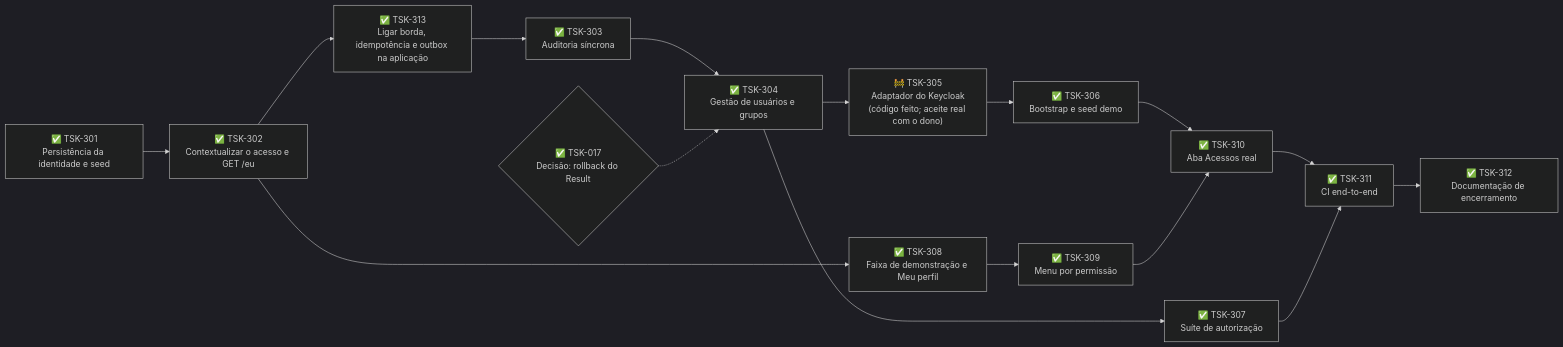
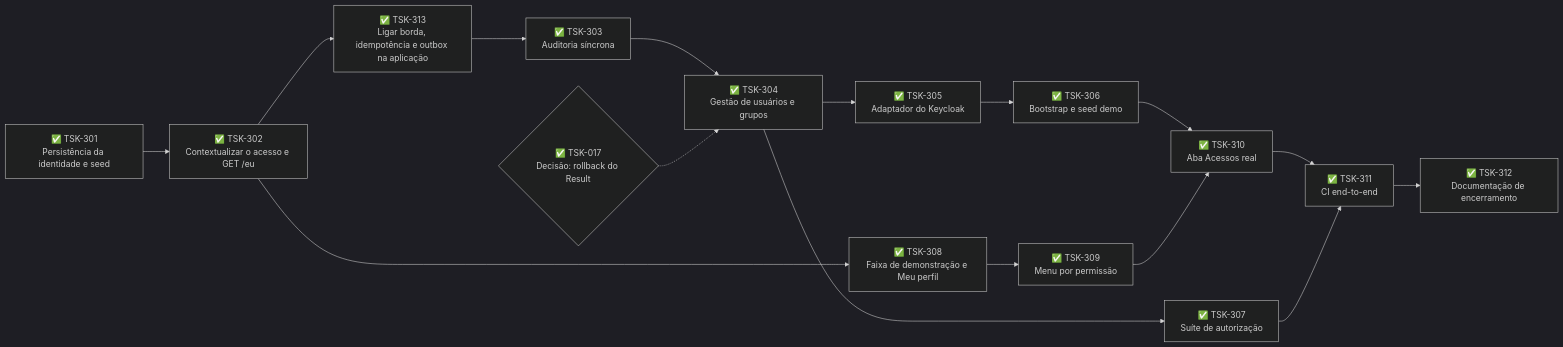
One commit to AurioNeto/ceudodespertar changed the diagram in project-flow/README.md. Above: the diagram before and after it, drawn with Mermaid (dark theme). The commit also changed other lines of this file and 9 other files, not shown here.

Commit message:
docs(project-flow): registra o fim do B0 e os merges de 13 e 14/10

````diff
--- a/project-flow/README.md
+++ b/project-flow/README.md
@@ -40,18 +39,18 @@
 ```mermaid
 flowchart LR
   TSK301["✅ TSK-301<br/>Persistência da identidade e seed"]
   TSK302["✅ TSK-302<br/>Contextualizar o acesso e GET /eu"]
   TSK313["✅ TSK-313<br/>Ligar borda, idempotência e outbox na aplicação"]
   TSK303["✅ TSK-303<br/>Auditoria síncrona"]
   TSK304["✅ TSK-304<br/>Gestão de usuários e grupos"]
-  TSK305["🚧 TSK-305<br/>Adaptador do Keycloak<br/>(código feito; aceite real com o dono)"]
+  TSK305["✅ TSK-305<br/>Adaptador do Keycloak"]
   TSK306["✅ TSK-306<br/>Bootstrap e seed demo"]
   TSK310["✅ TSK-310<br/>Aba Acessos real"]
   TSK311["✅ TSK-311<br/>CI end-to-end"]
   TSK312["✅ TSK-312<br/>Documentação de encerramento"]
   TSK017{"✅ TSK-017<br/>Decisão: rollback do Result"}
   TSK301 --> TSK302 --> TSK313 --> TSK303 --> TSK304 --> TSK305 --> TSK306 --> TSK310 --> TSK311 --> TSK312
   TSK017 -.-> TSK304
   TSK302 --> TSK308["✅ TSK-308<br/>Faixa de demonstração e Meu perfil"] --> TSK309["✅ TSK-309<br/>Menu por permissão"] --> TSK310
   TSK304 --> TSK307["✅ TSK-307<br/>Suíte de autorização"] --> TSK311
 ```
````
